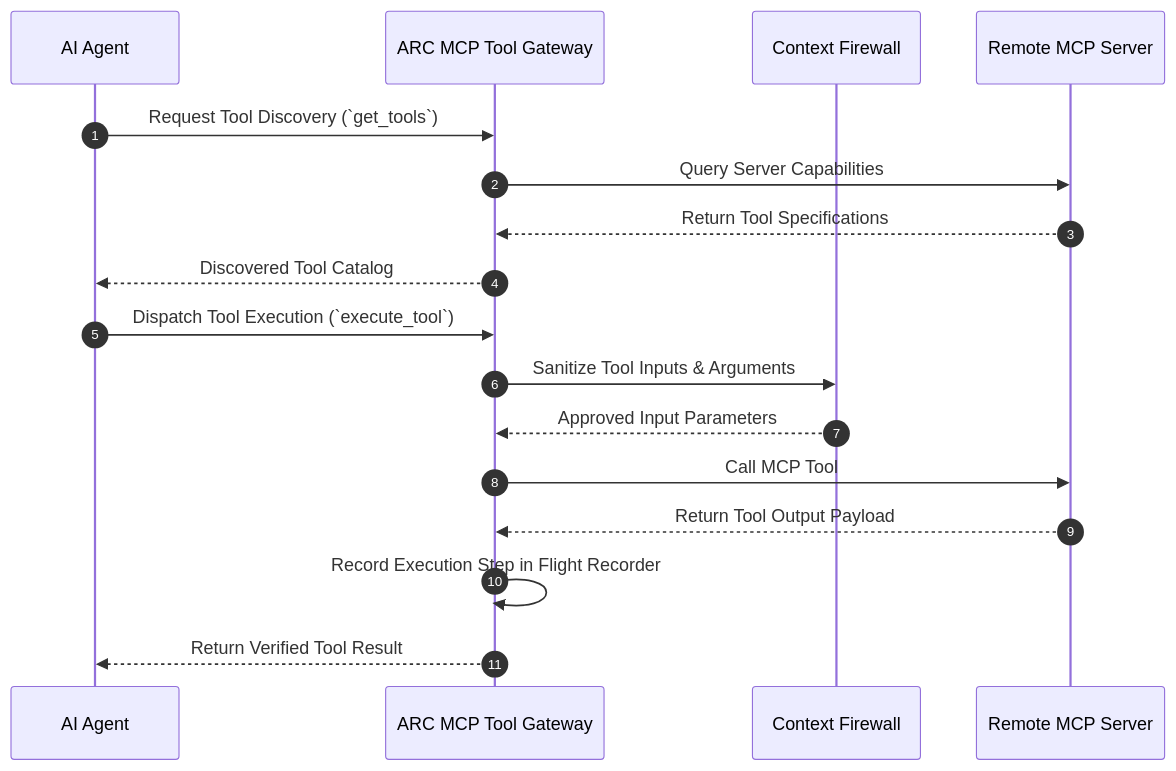
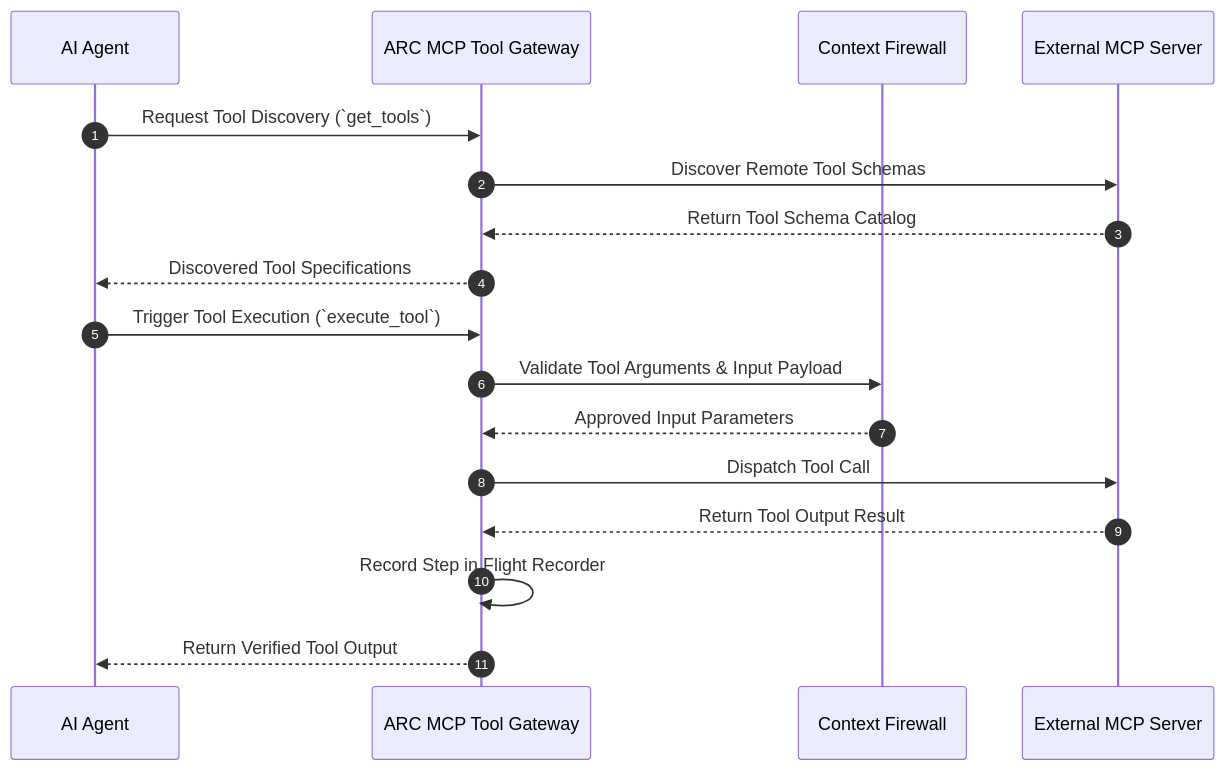
One commit to Vishallakshmikanthan/agent-runtime-core changed the fifth of 6 diagrams in README.md. Above: the diagram before and after it, drawn with Mermaid. The commit also changed other lines of this file, not shown here.

````diff
--- a/README.md
+++ b/README.md
@@ -318,20 +306,20 @@
 ```mermaid
 sequenceDiagram
     autonumber
     participant Agent as AI Agent
     participant MCPRouter as ARC MCP Tool Gateway
     participant Firewall as Context Firewall
-    participant MCPServer as Remote MCP Server
+    participant MCPServer as External MCP Server
 
     Agent->>MCPRouter: Request Tool Discovery (`get_tools`)
-    MCPRouter->>MCPServer: Query Server Capabilities
-    MCPServer-->>MCPRouter: Return Tool Specifications
-    MCPRouter-->>Agent: Discovered Tool Catalog
-    Agent->>MCPRouter: Dispatch Tool Execution (`execute_tool`)
-    MCPRouter->>Firewall: Sanitize Tool Inputs & Arguments
+    MCPRouter->>MCPServer: Discover Remote Tool Schemas
+    MCPServer-->>MCPRouter: Return Tool Schema Catalog
+    MCPRouter-->>Agent: Discovered Tool Specifications
+    Agent->>MCPRouter: Trigger Tool Execution (`execute_tool`)
+    MCPRouter->>Firewall: Validate Tool Arguments & Input Payload
     Firewall-->>MCPRouter: Approved Input Parameters
-    MCPRouter->>MCPServer: Call MCP Tool
-    MCPServer-->>MCPRouter: Return Tool Output Payload
-    MCPRouter->>MCPRouter: Record Execution Step in Flight Recorder
-    MCPRouter-->>Agent: Return Verified Tool Result
+    MCPRouter->>MCPServer: Dispatch Tool Call
+    MCPServer-->>MCPRouter: Return Tool Output Result
+    MCPRouter->>MCPRouter: Record Step in Flight Recorder
+    MCPRouter-->>Agent: Return Verified Tool Output
 ```
````
